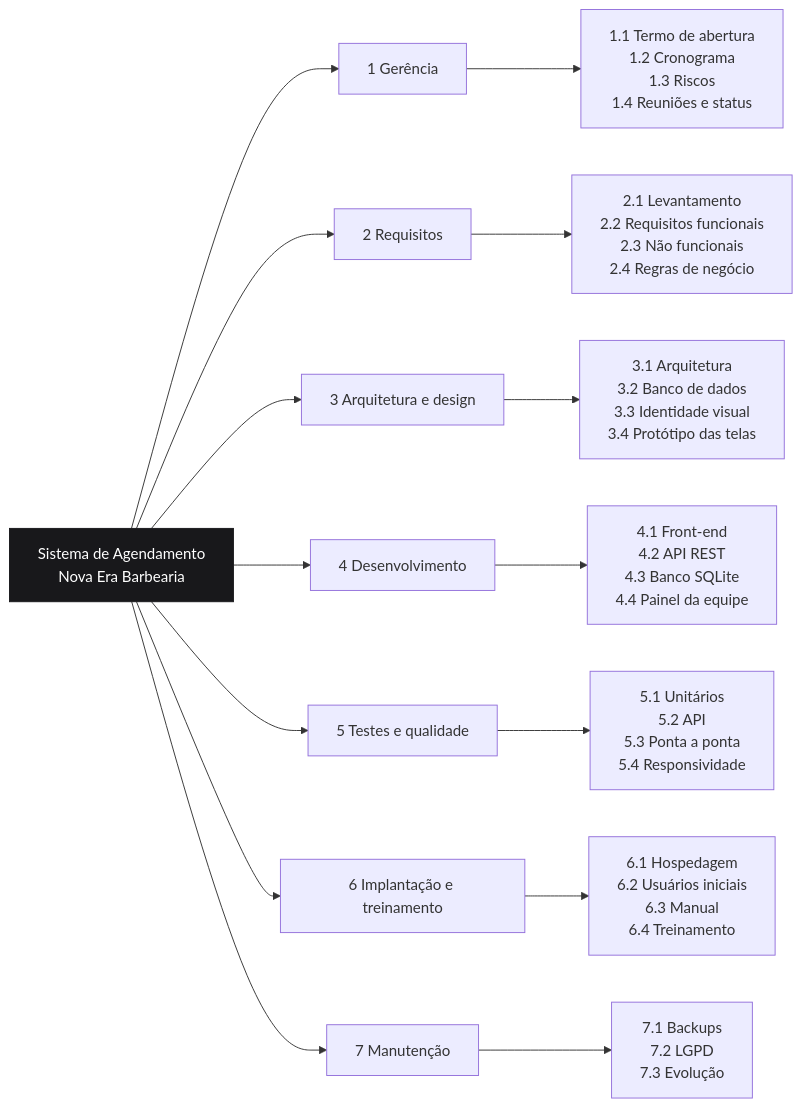
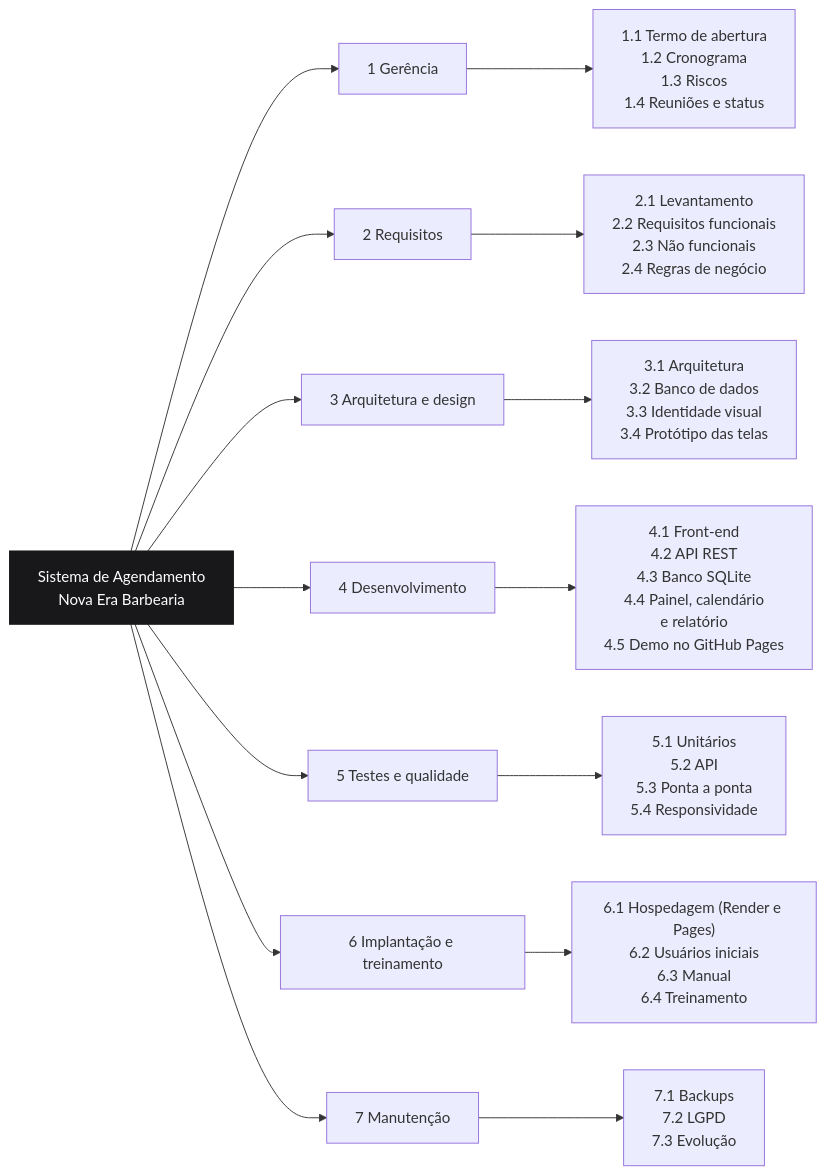
The diagram in docs/diagramas/fonte/01-eap.mmd (GustavoResendeDev/V2.AtividadeEscolar), drawn with Mermaid before and after one commit. The commit also changed 69 other files, not shown here.

```diff
--- a/docs/diagramas/fonte/01-eap.mmd
+++ b/docs/diagramas/fonte/01-eap.mmd
@@ -1,17 +1,17 @@
 flowchart LR
   P["Sistema de Agendamento<br/>Nova Era Barbearia"]:::raiz
   P --> G["1 Gerência"]
   P --> R["2 Requisitos"]
   P --> A["3 Arquitetura e design"]
   P --> D["4 Desenvolvimento"]
   P --> T["5 Testes e qualidade"]
   P --> I["6 Implantação e treinamento"]
   P --> M["7 Manutenção"]
   G --> G1["1.1 Termo de abertura<br/>1.2 Cronograma<br/>1.3 Riscos<br/>1.4 Reuniões e status"]
   R --> R1["2.1 Levantamento<br/>2.2 Requisitos funcionais<br/>2.3 Não funcionais<br/>2.4 Regras de negócio"]
   A --> A1["3.1 Arquitetura<br/>3.2 Banco de dados<br/>3.3 Identidade visual<br/>3.4 Protótipo das telas"]
-  D --> D1["4.1 Front-end<br/>4.2 API REST<br/>4.3 Banco SQLite<br/>4.4 Painel da equipe"]
+  D --> D1["4.1 Front-end<br/>4.2 API REST<br/>4.3 Banco SQLite<br/>4.4 Painel, calendário<br/>e relatório<br/>4.5 Demo no GitHub Pages"]
   T --> T1["5.1 Unitários<br/>5.2 API<br/>5.3 Ponta a ponta<br/>5.4 Responsividade"]
-  I --> I1["6.1 Hospedagem<br/>6.2 Usuários iniciais<br/>6.3 Manual<br/>6.4 Treinamento"]
+  I --> I1["6.1 Hospedagem (Render e Pages)<br/>6.2 Usuários iniciais<br/>6.3 Manual<br/>6.4 Treinamento"]
   M --> M1["7.1 Backups<br/>7.2 LGPD<br/>7.3 Evolução"]
   classDef raiz fill:#18181b,color:#fff,stroke:#18181b
```
